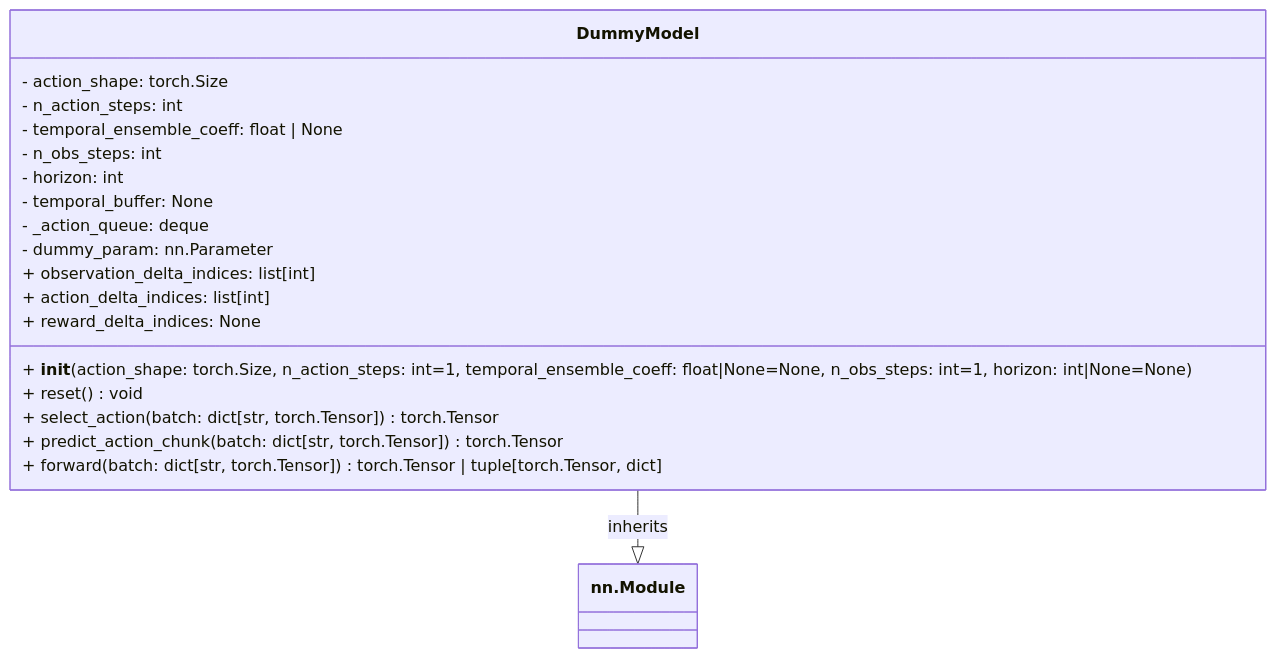
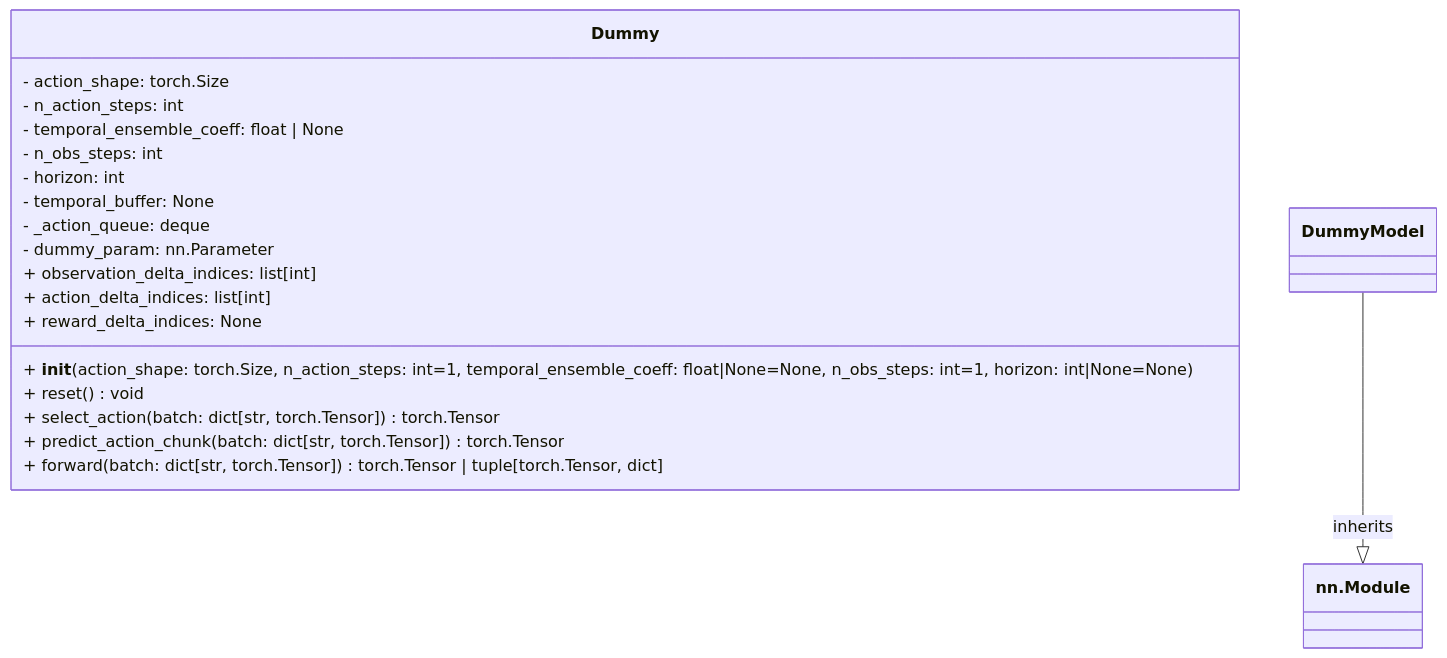
One commit to open-edge-platform/physical-ai-studio changed the second of 2 diagrams in lib/docs/design/policy/dummy.md. Above: the diagram before and after it, drawn with Mermaid. The commit also changed other lines of this file and 27 other files, not shown here.

````diff
--- a/lib/docs/design/policy/dummy.md
+++ b/lib/docs/design/policy/dummy.md
@@ -35,26 +41,26 @@
 ```mermaid
 classDiagram
     class nn.Module {
     }
 
-    class DummyModel {
+    class Dummy {
         - action_shape: torch.Size
         - n_action_steps: int
         - temporal_ensemble_coeff: float | None
         - n_obs_steps: int
         - horizon: int
         - temporal_buffer: None
         - _action_queue: deque
         - dummy_param: nn.Parameter
         + __init__(action_shape: torch.Size, n_action_steps: int=1, temporal_ensemble_coeff: float|None=None, n_obs_steps: int=1, horizon: int|None=None)
         + observation_delta_indices: list[int]
         + action_delta_indices: list[int]
         + reward_delta_indices: None
         + reset() void
         + select_action(batch: dict[str, torch.Tensor]) torch.Tensor
         + predict_action_chunk(batch: dict[str, torch.Tensor]) torch.Tensor
         + forward(batch: dict[str, torch.Tensor]) torch.Tensor | tuple[torch.Tensor, dict]
     }
 
     DummyModel --|> nn.Module : inherits
 ```
````
